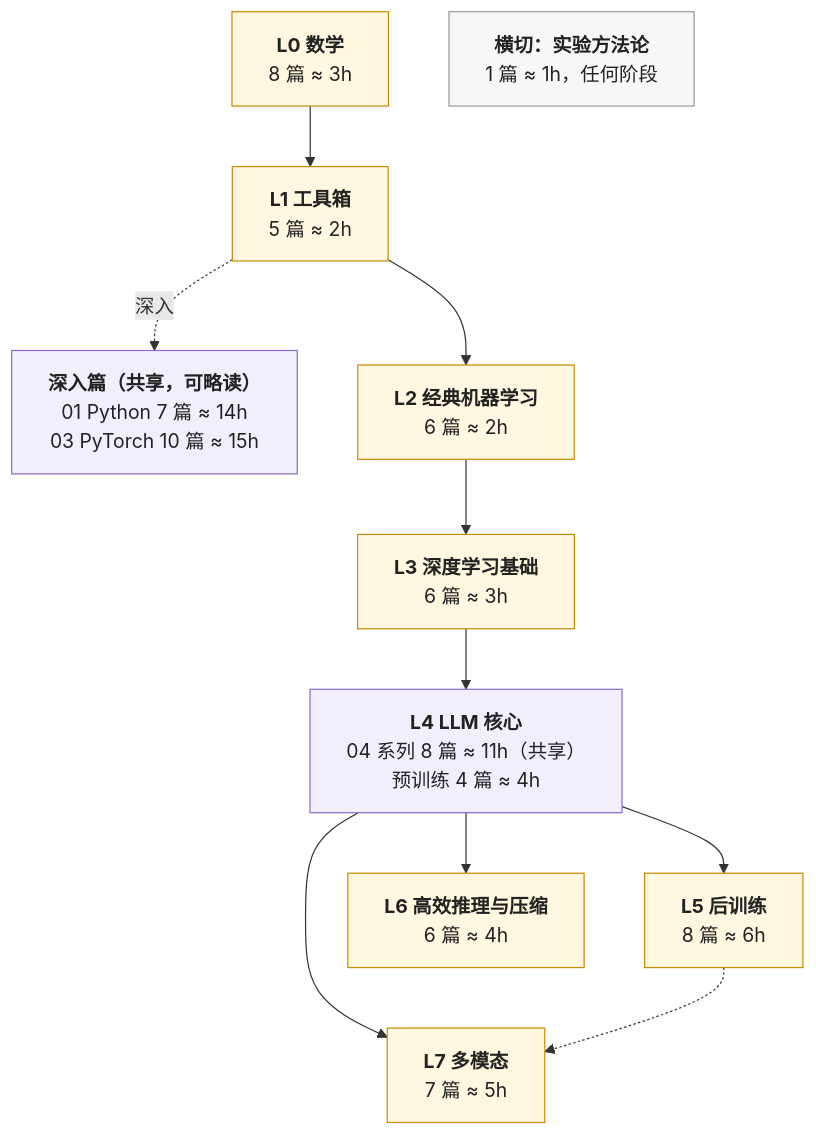
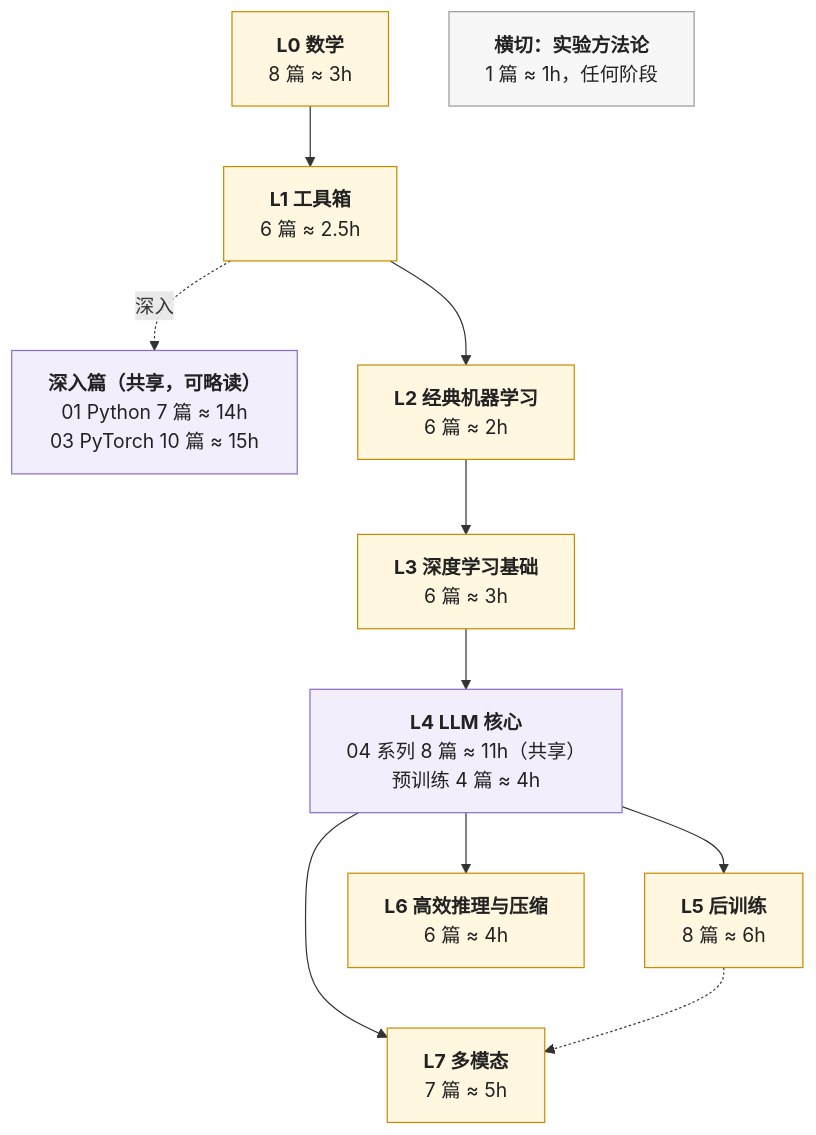
The second of 2 diagrams in _posts/2026-01-02-ai-algorithm-engineer-learning-roadmap.md (arganzheng/arganzheng.github.com), drawn with Mermaid before and after one commit. The commit also changed other lines of this file and 21 other files, not shown here.

````diff
--- a/_posts/2026-01-02-ai-algorithm-engineer-learning-roadmap.md
+++ b/_posts/2026-01-02-ai-algorithm-engineer-learning-roadmap.md
@@ -85,38 +85,38 @@
 ```mermaid
 %%{init: {"flowchart": {"wrappingWidth": 260}}}%%
 flowchart TB
     L0["`**L0 数学**
 8 篇 ≈ 3h`"]
     L1["`**L1 工具箱**
-5 篇 ≈ 2h`"]
+6 篇 ≈ 2.5h`"]
     D["`**深入篇（共享，可略读）**
 01 Python 7 篇 ≈ 14h
 03 PyTorch 10 篇 ≈ 15h`"]
     L2["`**L2 经典机器学习**
 6 篇 ≈ 2h`"]
     L3["`**L3 深度学习基础**
 6 篇 ≈ 3h`"]
     L4["`**L4 LLM 核心**
 04 系列 8 篇 ≈ 11h（共享）
 预训练 4 篇 ≈ 4h`"]
     L5["`**L5 后训练**
 8 篇 ≈ 6h`"]
     L6["`**L6 高效推理与压缩**
 6 篇 ≈ 4h`"]
     L7["`**L7 多模态**
 7 篇 ≈ 5h`"]
     X["`**横切：实验方法论**
 1 篇 ≈ 1h，任何阶段`"]
     L0 --> L1 --> L2 --> L3 --> L4 --> L5
     L1 -. 深入 .-> D
     L4 --> L6
     L4 --> L7
     L5 -.-> L7
 
     classDef algo fill:#fff7e0,stroke:#c98a00,stroke-width:1px,color:#222
     classDef shared fill:#f3eefc,stroke:#8a6bd1,stroke-width:1px,color:#222
     classDef cross fill:#f7f7f7,stroke:#999,stroke-width:1px,color:#222
     class L0,L1,L2,L3,L5,L6,L7 algo
     class D,L4 shared
     class X cross
 ```
````
